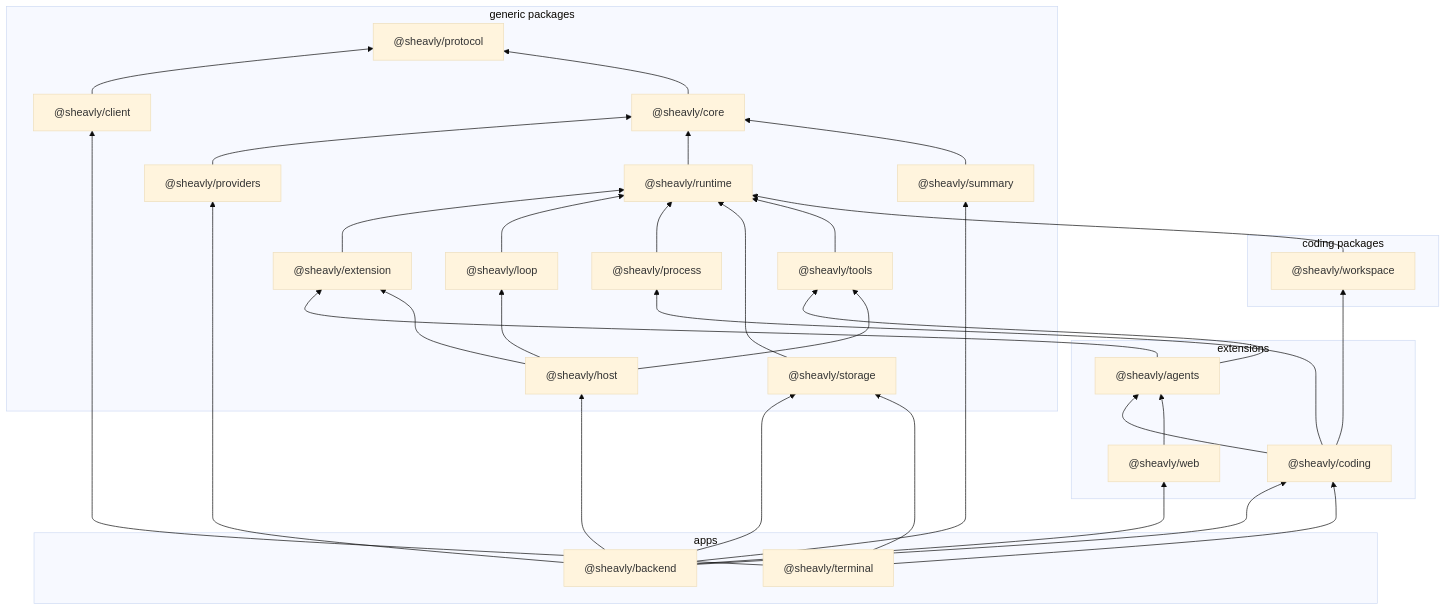
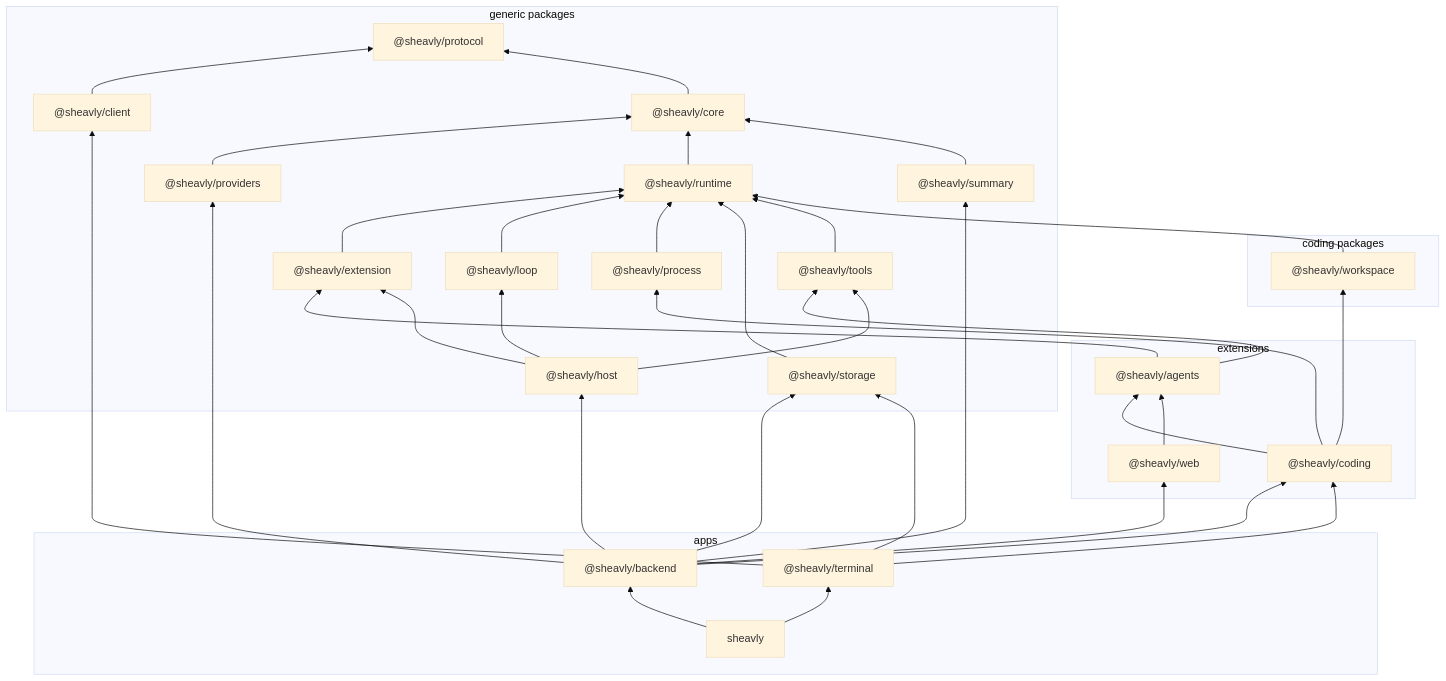
One commit to Sheavly/harness changed the diagram in docs/overview.md. Above: the diagram before and after it, drawn with Mermaid (base theme). The commit also changed 34 other files, not shown here.

````diff
--- a/docs/overview.md
+++ b/docs/overview.md
@@ -35,58 +35,61 @@
 ```mermaid
 flowchart BT
   subgraph group_generic ["generic packages"]
     client["@sheavly/client"]
     core["@sheavly/core"]
     extension["@sheavly/extension"]
     host["@sheavly/host"]
     loop["@sheavly/loop"]
     process["@sheavly/process"]
     protocol["@sheavly/protocol"]
     providers["@sheavly/providers"]
     runtime["@sheavly/runtime"]
     storage["@sheavly/storage"]
     summary["@sheavly/summary"]
     tools["@sheavly/tools"]
   end
   subgraph group_coding ["coding packages"]
     workspace["@sheavly/workspace"]
   end
   subgraph group_extensions ["extensions"]
     agents["@sheavly/agents"]
     coding["@sheavly/coding"]
     web["@sheavly/web"]
   end
   subgraph group_apps ["apps"]
     backend["@sheavly/backend"]
     terminal["@sheavly/terminal"]
+    sheavly["sheavly"]
   end
   agents --> extension
   agents --> tools
   backend --> coding
   backend --> host
   backend --> providers
   backend --> storage
   backend --> summary
   backend --> web
   client --> protocol
   coding --> agents
   coding --> process
   coding --> workspace
   core --> protocol
   extension --> runtime
   host --> extension
   host --> loop
   host --> tools
   loop --> runtime
   process --> runtime
   providers --> core
   runtime --> core
   storage --> runtime
   summary --> core
   terminal --> client
   terminal --> coding
   terminal --> storage
   tools --> runtime
   web --> agents
   workspace --> runtime
+  sheavly --> backend
+  sheavly --> terminal
 ```
````
